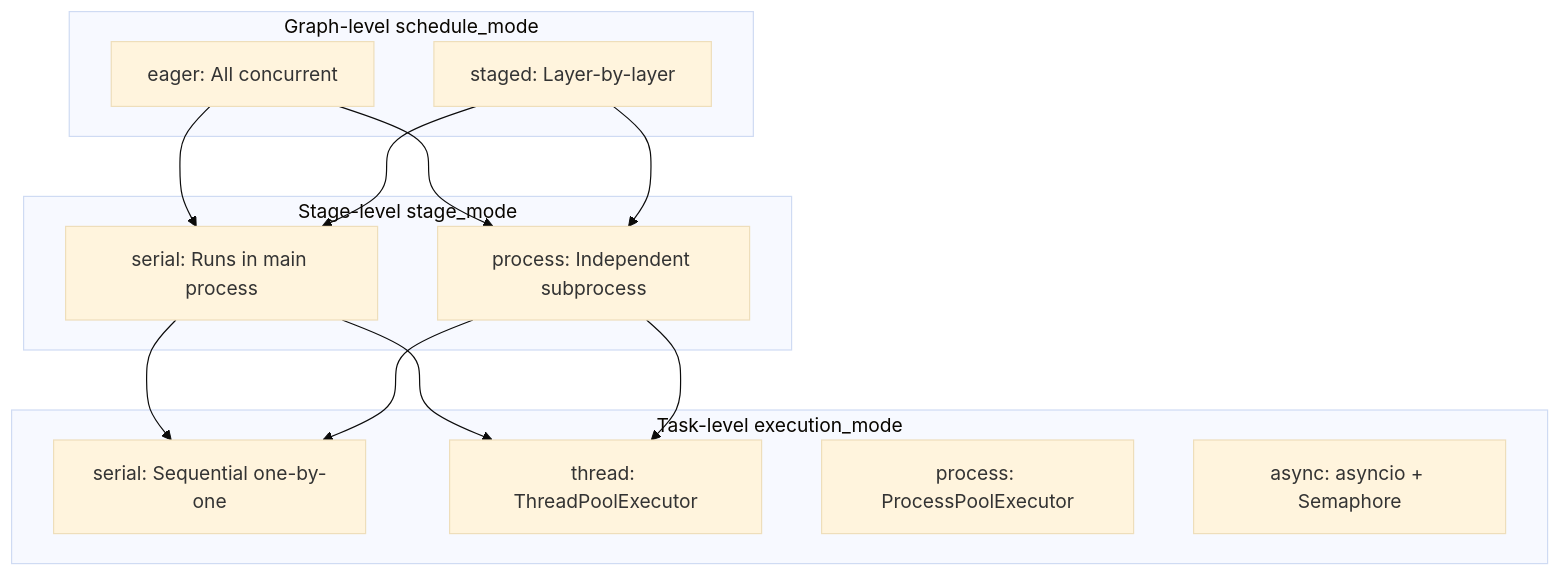
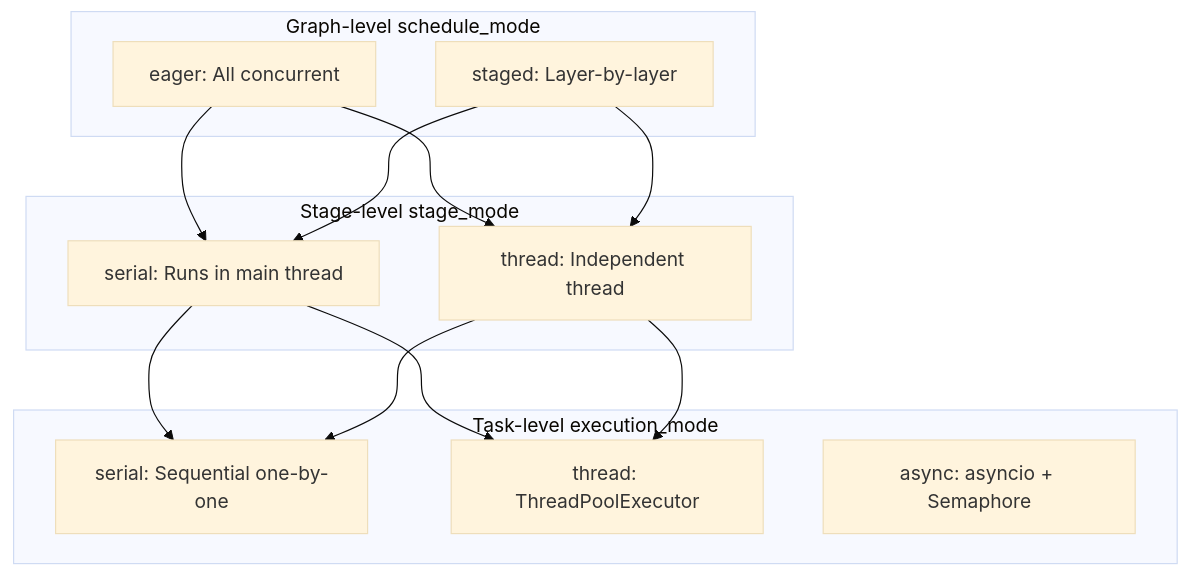
Before and after one commit to Mr-xiaotian/CelestialFlow: the fourth of 9 diagrams in docs/en/presentation.md, drawn with Mermaid (base theme). The commit also changed other lines of this file and 176 other files, not shown here.

````diff
--- a/docs/en/presentation.md
+++ b/docs/en/presentation.md
@@ -221,28 +221,27 @@
 ```mermaid
 graph TD
     subgraph Graph-level schedule_mode
         A[eager: All concurrent]
         B[staged: Layer-by-layer]
     end
 
     subgraph Stage-level stage_mode
-        C[serial: Runs in main process]
-        D[process: Independent subprocess]
+        C[serial: Runs in main thread]
+        D[thread: Independent thread]
     end
 
     subgraph Task-level execution_mode
         E[serial: Sequential one-by-one]
         F[thread: ThreadPoolExecutor]
-        G[process: ProcessPoolExecutor]
         H[async: asyncio + Semaphore]
     end
 
     A --> C
     A --> D
     B --> C
     B --> D
     C --> E
     C --> F
     D --> E
     D --> F
 ```
````
